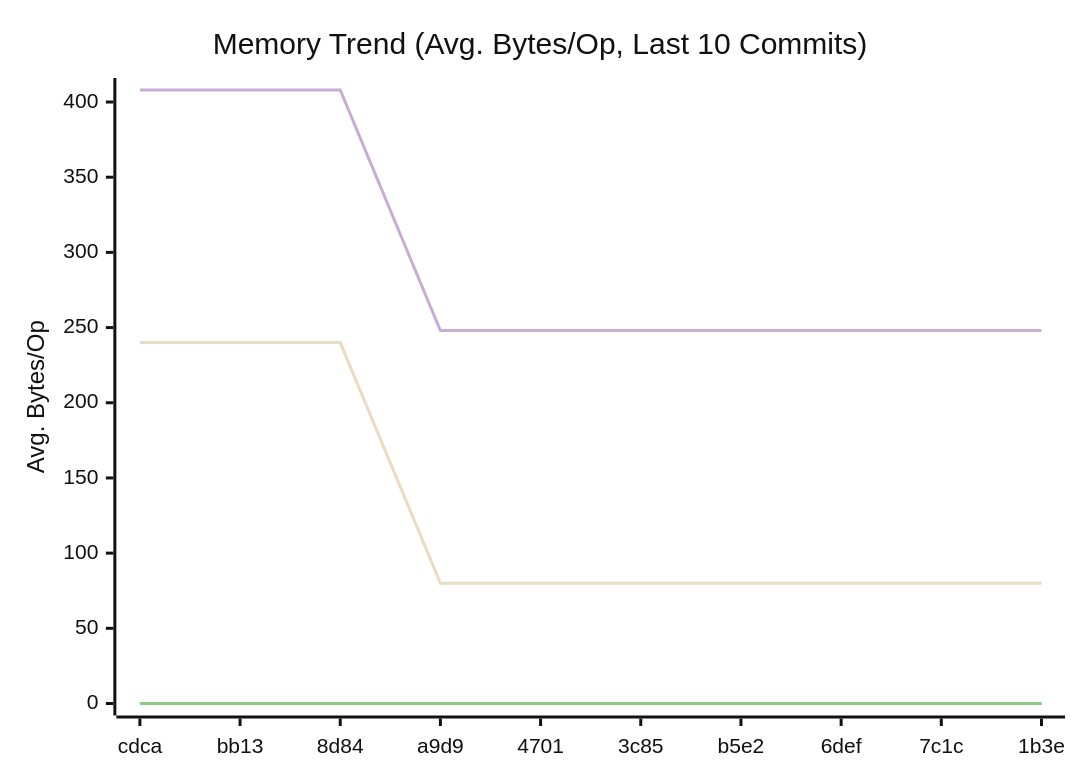
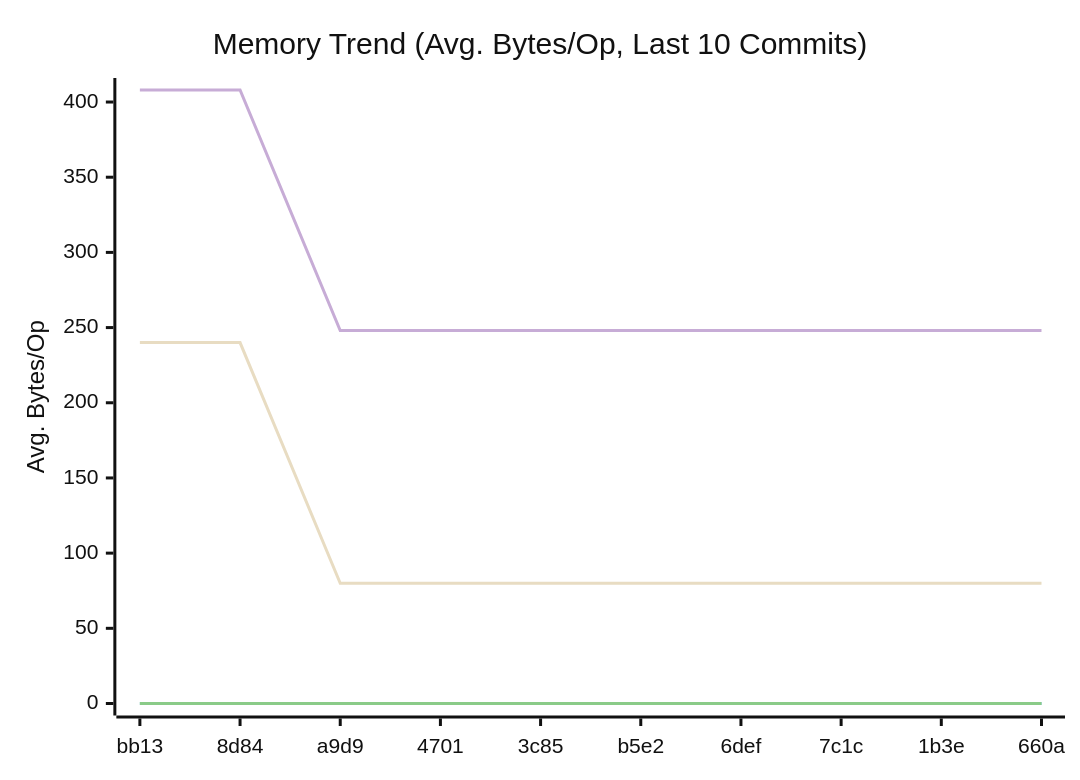
The second of 3 diagrams in doc/README.md (alsotoes/momo), drawn with Mermaid (neutral theme) before and after one commit. The commit also changed other lines of this file and 1 other file, not shown here.

````diff
--- a/doc/README.md
+++ b/doc/README.md
@@ -303,12 +303,12 @@
 ```mermaid
 xychart-beta
     title "Memory Trend (Avg. Bytes/Op, Last 10 Commits)"
     x-axis "Commit"
     y-axis "Avg. Bytes/Op"
-    x-axis [cdca,bb13,8d84,a9d9,4701,3c85,b5e2,6def,7c1c,1b3e]
+    x-axis [bb13,8d84,a9d9,4701,3c85,b5e2,6def,7c1c,1b3e,660a]
     line "CheckMetricsAndSwap" [0,0,0,0,0,0,0,0,0,0]
     line "IndexDirectTracking" [0,0,0,0,0,0,0,0,0,0]
     line "IndexSearch" [0,0,0,0,0,0,0,0,0,0]
-    line "ParseReplicationOrder_NoPrealloc" [408,408,408,248,248,248,248,248,248,248]
-    line "ParseReplicationOrder_Prealloc" [240,240,240,80,80,80,80,80,80,80]
+    line "ParseReplicationOrder_NoPrealloc" [408,408,248,248,248,248,248,248,248,248]
+    line "ParseReplicationOrder_Prealloc" [240,240,80,80,80,80,80,80,80,80]
 ```
````
